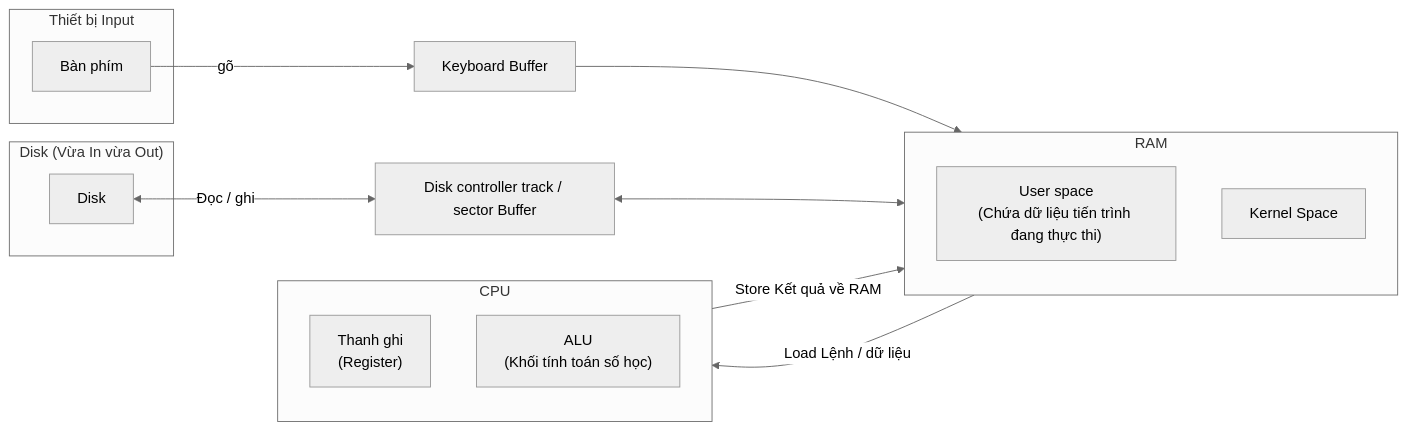
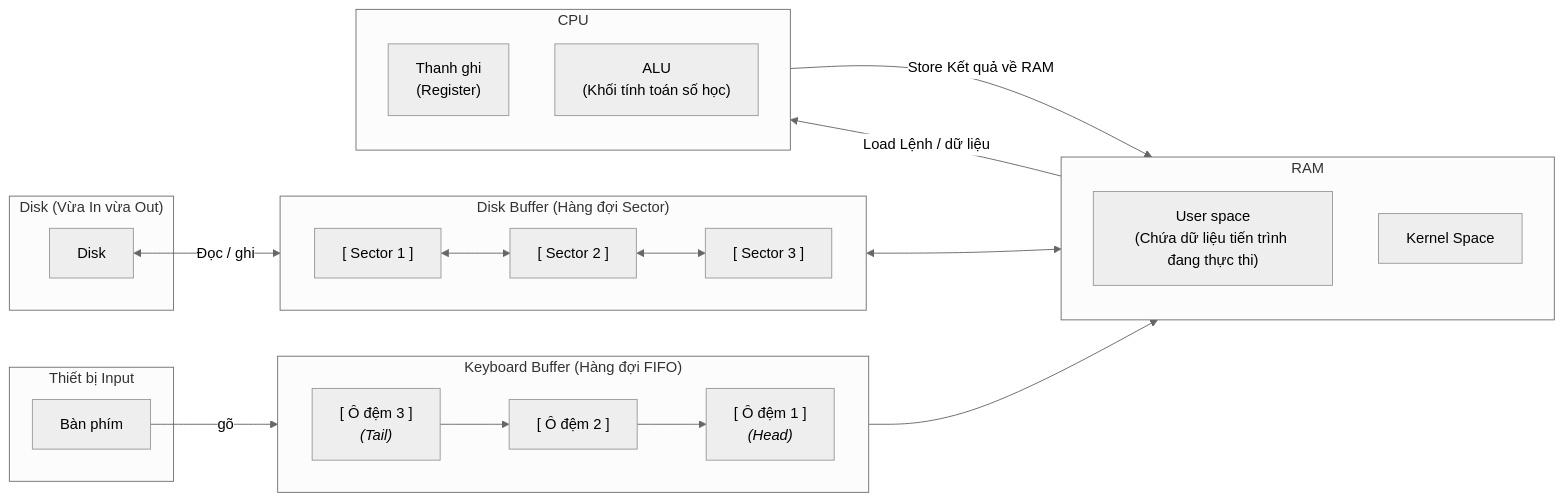
The fifth of 10 diagrams in OperatingSystem/OS_scratch/Concepts_OS/Intro_OS/Lession4.md (Duc-Lee/LLMserving_GPUoptimization), drawn with Mermaid (neutral theme) before and after one commit. The commit also changed other lines of this file and 1 other file, not shown here.

````diff
--- a/OperatingSystem/OS_scratch/Concepts_OS/Intro_OS/Lession4.md
+++ b/OperatingSystem/OS_scratch/Concepts_OS/Intro_OS/Lession4.md
@@ -78,35 +78,42 @@
 ```mermaid
 flowchart LR
     subgraph INPUT_DEV ["Thiết bị Input"]
         KB["Bàn phím"]
     end
 
-    KB_BUF["Keyboard Buffer"]
+    subgraph KB_BUF ["Keyboard Buffer (Hàng đợi FIFO)"]
+        direction LR
+        K_IN["[ Ô đệm 3 ]<br/><i>(Tail)</i>"] --> K_MID["[ Ô đệm 2 ]"] --> K_OUT["[ Ô đệm 1 ]<br/><i>(Head)</i>"]
+    end
 
     subgraph DISK_DEV ["Disk (Vừa In vừa Out)"]
         DISK["Disk"]
     end
 
-    DISK_BUF["Disk controller track / sector Buffer"]
+    subgraph DISK_BUF ["Disk Buffer (Hàng đợi Sector)"]
+        direction LR
+        D_S1["[ Sector 1 ]"] <--> D_S2["[ Sector 2 ]"]
+        D_S2 <--> D_S3["[ Sector 3 ]"]
+    end
 
     subgraph RAM ["RAM"]
         direction TB
         US["User space<br/>(Chứa dữ liệu tiến trình đang thực thi)"]
         KS["Kernel Space"]
     end
 
     subgraph CPU ["CPU"]
         direction TB
         REG["Thanh ghi<br/>(Register)"]
         ALU["ALU<br/>(Khối tính toán số học)"]
     end
 
-    KB -->|"gõ"| KB_BUF
-    KB_BUF --> US
+    KB -->|"gõ"| K_IN
+    K_OUT --> US
 
-    DISK <--> |"Đọc / ghi"| DISK_BUF
-    DISK_BUF <--> US
+    DISK <--> |"Đọc / ghi"| D_S1
+    D_S3 <--> US
 
     US -->|"Load Lệnh / dữ liệu"| REG
     ALU -->|"Store Kết quả về RAM"| US
 ```
````
